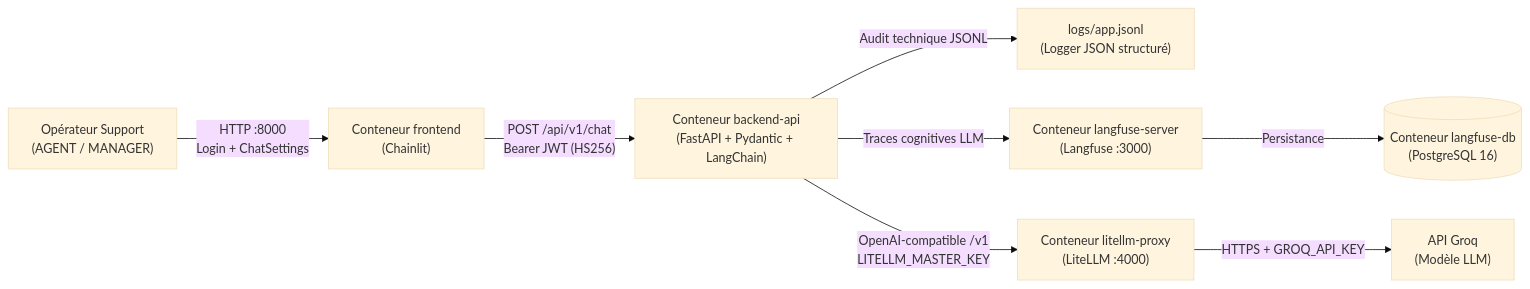
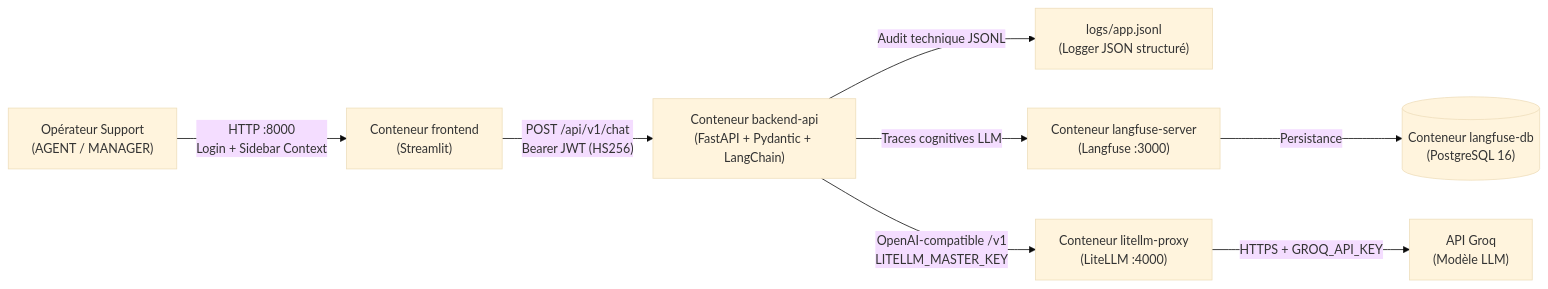
Before and after one commit to ymae/llmops-support-produit: the diagram in README.md, drawn with Mermaid (base theme). The commit also changed other lines of this file and 8 other files, not shown here.

Commit message:
docs(frontend): remplacer les références à Chainlit par Streamlit

````diff
--- a/README.md
+++ b/README.md
@@ -19,10 +19,10 @@
 ```mermaid
 flowchart LR
-    Op["Opérateur Support<br/>(AGENT / MANAGER)"] -->|"HTTP :8000<br/>Login + ChatSettings"| FE["Conteneur frontend<br/>(Chainlit)"]
+    Op["Opérateur Support<br/>(AGENT / MANAGER)"] -->|"HTTP :8000<br/>Login + Sidebar Context"| FE["Conteneur frontend<br/>(Streamlit)"]
     FE -->|"POST /api/v1/chat<br/>Bearer JWT (HS256)"| BE["Conteneur backend-api<br/>(FastAPI + Pydantic + LangChain)"]
     BE -->|"Audit technique JSONL"| LOG["logs/app.jsonl<br/>(Logger JSON structuré)"]
     BE -->|"Traces cognitives LLM"| LF["Conteneur langfuse-server<br/>(Langfuse :3000)"]
     LF -->|"Persistance"| DB[("Conteneur langfuse-db<br/>(PostgreSQL 16)")]
     BE -->|"OpenAI-compatible /v1<br/>LITELLM_MASTER_KEY"| PROXY["Conteneur litellm-proxy<br/>(LiteLLM :4000)"]
     PROXY -->|"HTTPS + GROQ_API_KEY"| GROQ["API Groq<br/>(Modèle LLM)"]
 ```
````
